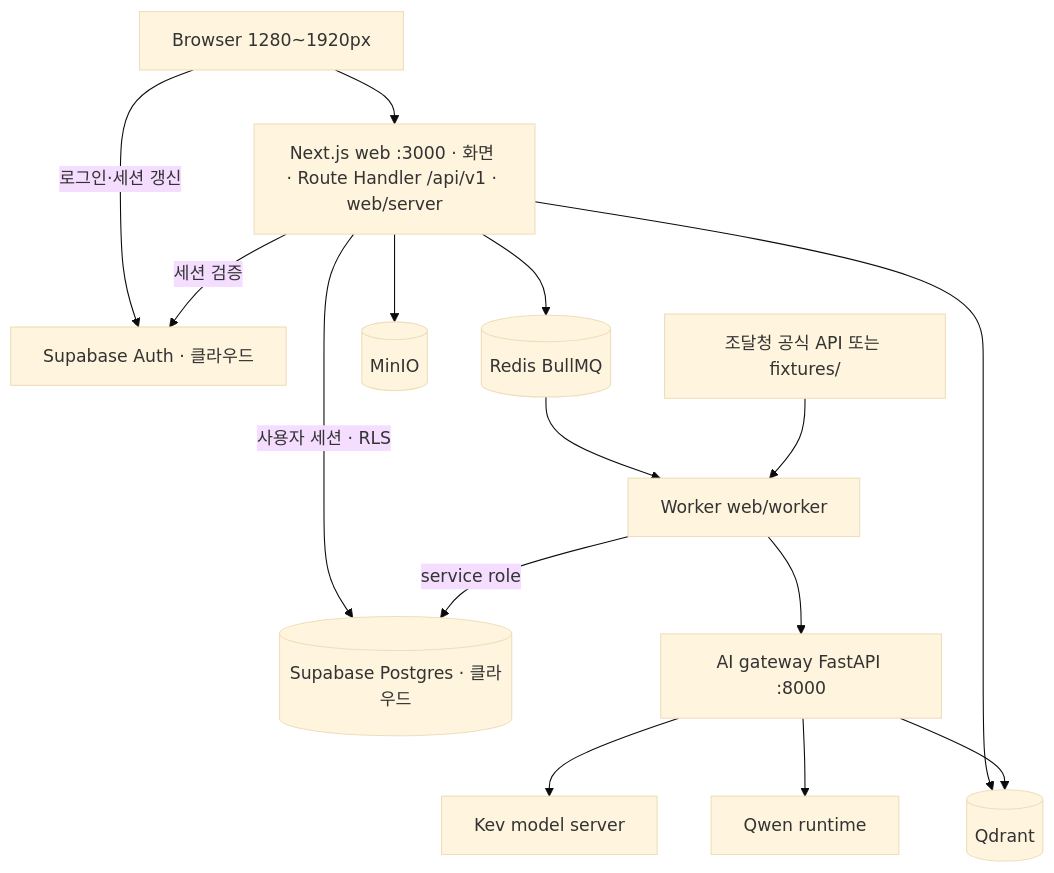
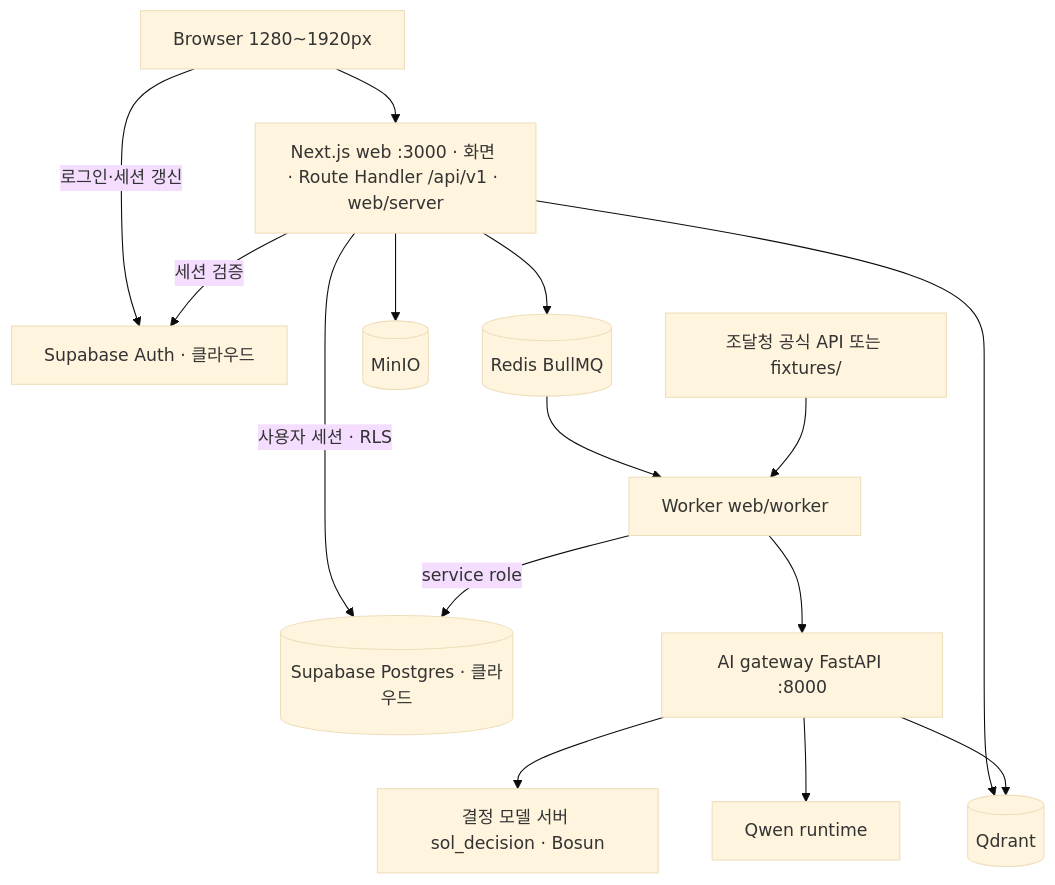
Before and after one commit to solideoai/sol-radar: the first of 3 diagrams in docs/02-ARCHITECTURE.md, drawn with Mermaid (base theme). The commit also changed other lines of this file and 38 other files, not shown here.

````diff
--- a/docs/02-ARCHITECTURE.md
+++ b/docs/02-ARCHITECTURE.md
@@ -43,17 +44,17 @@
 ```mermaid
 flowchart TB
  U["Browser 1280~1920px"] --> N["Next.js web :3000 · 화면 · Route Handler /api/v1 · web/server"]
  U -- 로그인·세션 갱신 --> SA["Supabase Auth · 클라우드"]
  N -- 세션 검증 --> SA
  N -- 사용자 세션 · RLS --> PG[("Supabase Postgres · 클라우드")]
  N --> R[("Redis BullMQ")]
  N --> MIN[("MinIO")]
  N --> QD[("Qdrant")]
  R --> WORK["Worker web/worker"]
  WORK --> AI["AI gateway FastAPI :8000"]
- AI --> KEV["Kev model server"]
+ AI --> KEV["결정 모델 서버 sol_decision · Bosun"]
  AI --> QW["Qwen runtime"]
  AI --> QD
  WORK -- service role --> PG
  EXT["조달청 공식 API 또는 fixtures/"] --> WORK
 ```
````
